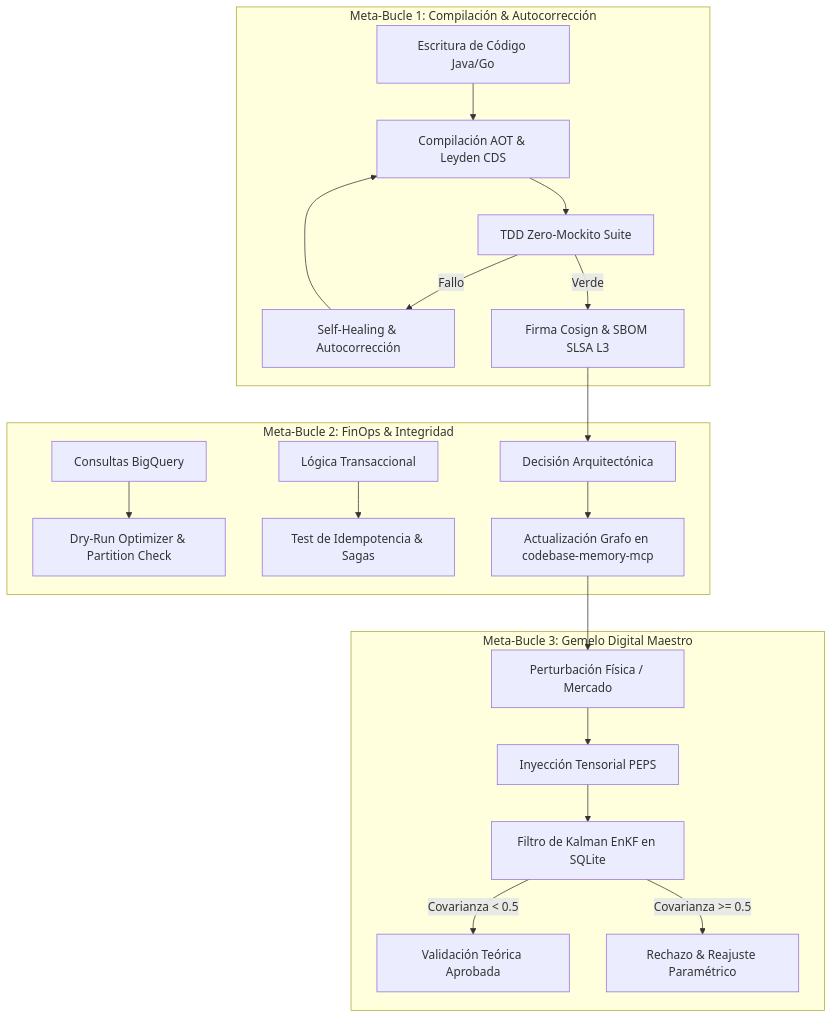
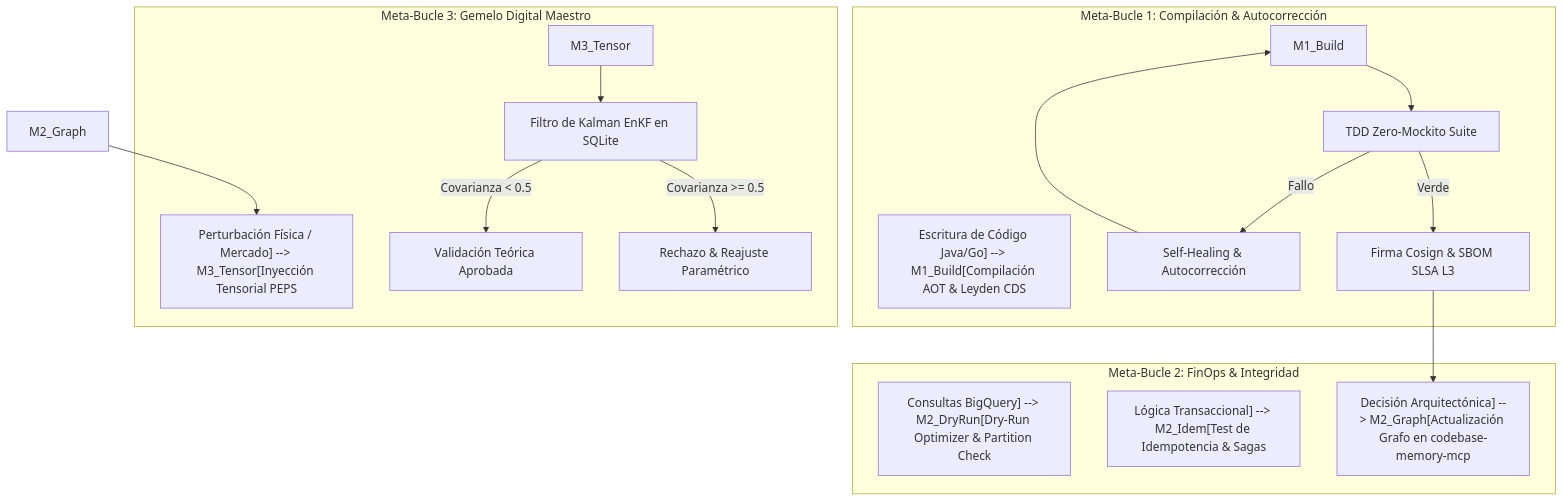
One commit to jaruiz78/ecosistema-multiproyectos changed the diagram in docs/CONSILIUM_ROMANO_AGENTS_SKILLS_FRAMEWORK.md. Above: the diagram before and after it, drawn with Mermaid. The commit also changed other lines of this file and 57 other files, not shown here.

First line of the commit message:
feat(validation,hooks): implementar Syntax Validator y Linter determinista para Mermaid, KaTeX y Markdown

````diff
--- a/docs/CONSILIUM_ROMANO_AGENTS_SKILLS_FRAMEWORK.md
+++ b/docs/CONSILIUM_ROMANO_AGENTS_SKILLS_FRAMEWORK.md
@@ -68,26 +68,26 @@
 ```mermaid
 graph TD
     subgraph "Meta-Bucle 1: Compilación & Autocorrección"
-        M1_Code[Escritura de Código Java/Go] --> M1_Build[Compilación AOT & Leyden CDS]
+        M1_Code["Escritura de Código Java/Go] --> M1_Build[Compilación AOT & Leyden CDS"]
         M1_Build --> M1_Test[TDD Zero-Mockito Suite]
-        M1_Test -->|Fallo| M1_Healing[Self-Healing & Autocorrección]
+        M1_Test -->|Fallo| M1_Healing["Self-Healing & Autocorrección"]
         M1_Healing --> M1_Build
-        M1_Test -->|Verde| M1_SLSA[Firma Cosign & SBOM SLSA L3]
+        M1_Test -->|Verde| M1_SLSA["Firma Cosign & SBOM SLSA L3"]
     end
 
     subgraph "Meta-Bucle 2: FinOps & Integridad"
-        M2_BQ[Consultas BigQuery] --> M2_DryRun[Dry-Run Optimizer & Partition Check]
-        M2_Stripe[Lógica Transaccional] --> M2_Idem[Test de Idempotencia & Sagas]
-        M2_ADR[Decisión Arquitectónica] --> M2_Graph[Actualización Grafo en codebase-memory-mcp]
+        M2_BQ["Consultas BigQuery] --> M2_DryRun[Dry-Run Optimizer & Partition Check"]
+        M2_Stripe["Lógica Transaccional] --> M2_Idem[Test de Idempotencia & Sagas"]
+        M2_ADR["Decisión Arquitectónica] --> M2_Graph[Actualización Grafo en codebase-memory-mcp"]
     end
 
     subgraph "Meta-Bucle 3: Gemelo Digital Maestro"
-        M3_Input[Perturbación Física / Mercado] --> M3_Tensor[Inyección Tensorial PEPS]
+        M3_Input["Perturbación Física / Mercado] --> M3_Tensor[Inyección Tensorial PEPS"]
         M3_Tensor --> M3_EnKF[Filtro de Kalman EnKF en SQLite]
         M3_EnKF -->|Covarianza < 0.5| M3_Valid[Validación Teórica Aprobada]
-        M3_EnKF -->|Covarianza >= 0.5| M3_Reject[Rechazo & Reajuste Paramétrico]
+        M3_EnKF -->|Covarianza >= 0.5| M3_Reject["Rechazo & Reajuste Paramétrico"]
     end
 
     M1_SLSA --> M2_ADR
     M2_Graph --> M3_Input
 ```
````
